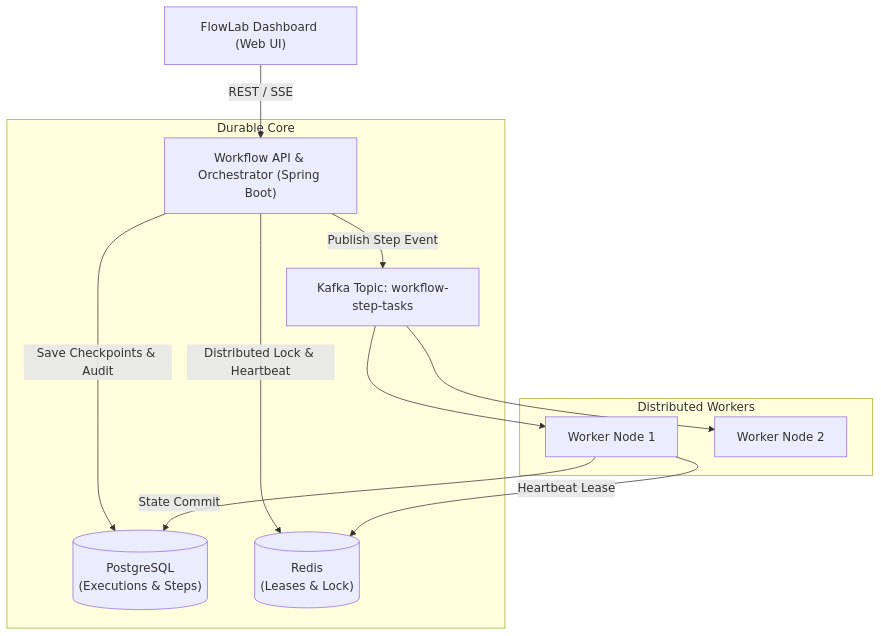
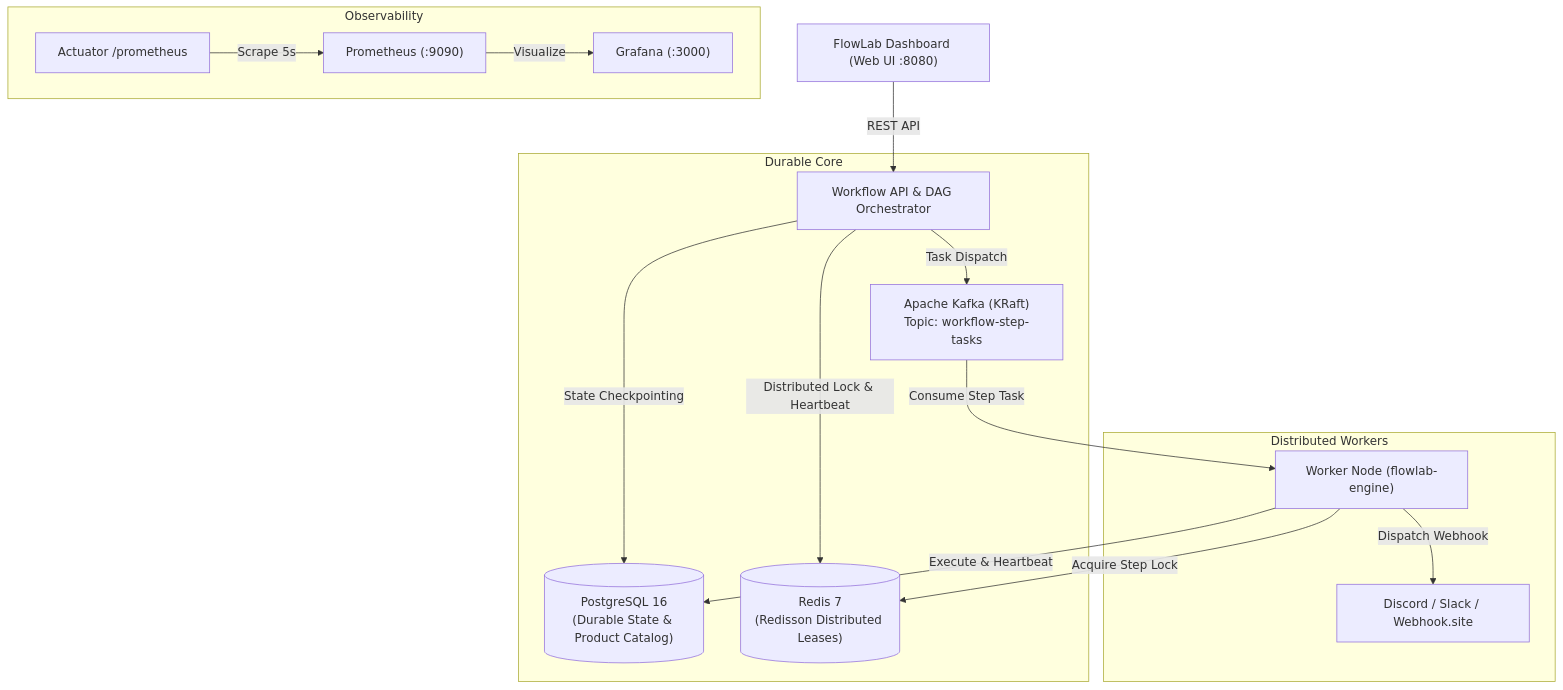
The second of 2 diagrams in README.md (theAdmin21/crash-proof-workflow-engine), drawn with Mermaid before and after one commit. The commit also changed other lines of this file, not shown here.

Commit message:
docs: complete production README with DAG pipeline, Saga patterns, and Chaos Monkey guide

````diff
--- a/README.md
+++ b/README.md
@@ -27,17 +40,22 @@
 ```mermaid
 flowchart TD
-    UI["FlowLab Dashboard (Web UI)"] -->|REST / SSE| API["Workflow API & Orchestrator (Spring Boot)"]
+    UI["FlowLab Dashboard (Web UI :8080)"] -->|REST API| API["Workflow API & DAG Orchestrator"]
 
     subgraph Durable Core
-        API -->|Save Checkpoints & Audit| DB[("PostgreSQL\n(Executions & Steps)")]
-        API -->|Distributed Lock & Heartbeat| REDIS[("Redis\n(Leases & Lock)")]
-        API -->|Publish Step Event| KAFKA["Kafka Topic: workflow-step-tasks"]
+        API -->|State Checkpointing| DB[("PostgreSQL 16\n(Durable State & Product Catalog)")]
+        API -->|Distributed Lock & Heartbeat| REDIS[("Redis 7\n(Redisson Distributed Leases)")]
+        API -->|Task Dispatch| KAFKA["Apache Kafka (KRaft)\nTopic: workflow-step-tasks"]
     end
 
     subgraph Distributed Workers
-        KAFKA --> W1["Worker Node 1"]
-        KAFKA --> W2["Worker Node 2"]
-        W1 -->|Heartbeat Lease| REDIS
-        W1 -->|State Commit| DB
+        KAFKA -->|Consume Step Task| W1["Worker Node (flowlab-engine)"]
+        W1 -->|Acquire Step Lock| REDIS
+        W1 -->|Execute & Heartbeat| DB
+        W1 -->|Dispatch Webhook| WEBHOOK["Discord / Slack / Webhook.site"]
+    end
+
+    subgraph Observability
+        METRICS["Actuator /prometheus"] -->|Scrape 5s| PROM["Prometheus (:9090)"]
+        PROM -->|Visualize| GRAFANA["Grafana (:3000)"]
     end
 ```
````
